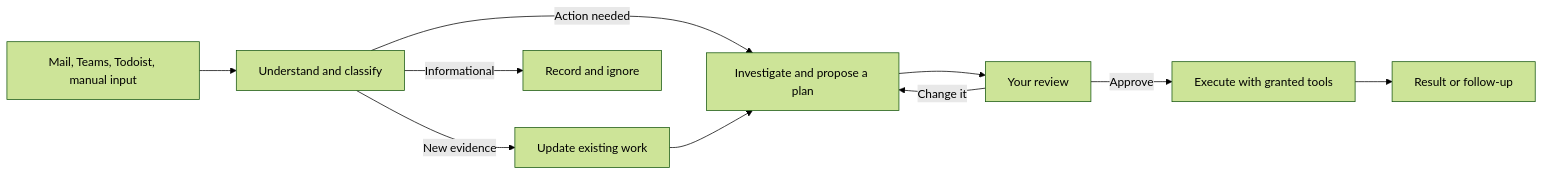
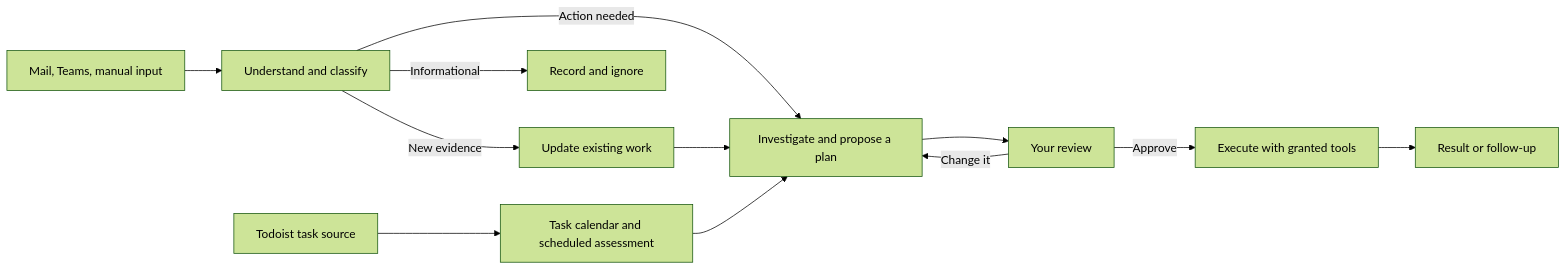
The diagram in README.md (MichalTichy/Samwise-Assistant), drawn with Mermaid (forest theme) before and after one commit. The commit also changed other lines of this file and 100 other files, not shown here.

Commit message:
Treat Todoist as a task source and import all dated tasks

````diff
--- a/README.md
+++ b/README.md
@@ -13,12 +13,14 @@
 ```mermaid
 flowchart LR
-    Sources["Mail, Teams, Todoist, manual input"] --> Intake["Understand and classify"]
+    Sources["Mail, Teams, manual input"] --> Intake["Understand and classify"]
     Intake -->|"Action needed"| Plan["Investigate and propose a plan"]
     Intake -->|"New evidence"| Update["Update existing work"]
     Update --> Plan
     Intake -->|"Informational"| Ignore["Record and ignore"]
+    Todoist["Todoist task source"] --> Calendar["Task calendar and scheduled assessment"]
+    Calendar --> Plan
     Plan --> Review["Your review"]
     Review -->|"Approve"| Execute["Execute with granted tools"]
     Review -->|"Change it"| Plan
     Execute --> Result["Result or follow-up"]
 ```
````
